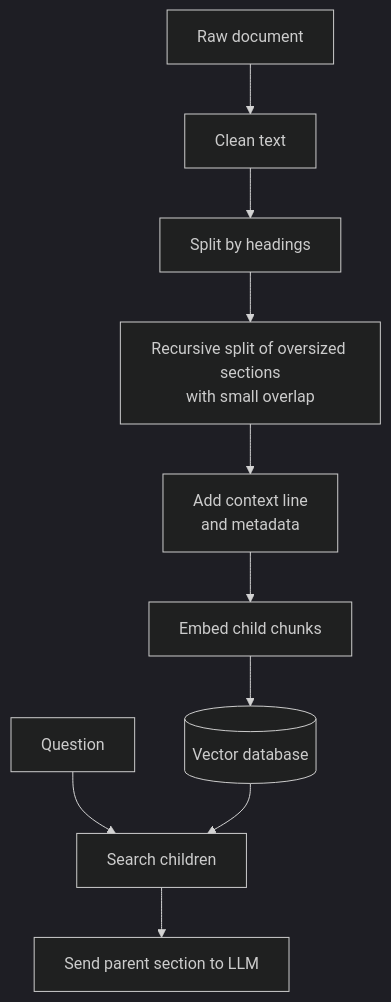
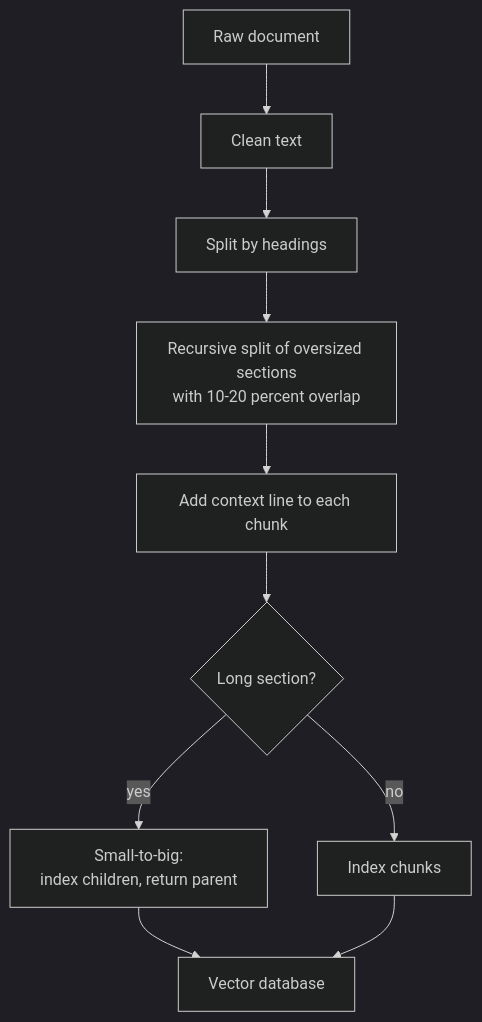
The first of 2 diagrams in notes/step-09-vector-search-and-retrieval-augmented-generation-rag/110-chunking-strategies-for-rag.md (kaisarnajar/outcome-school-blogs), drawn with Mermaid (dark theme) before and after one commit. The commit also changed other lines of this file and 233 other files, not shown here.

````diff
--- a/notes/step-09-vector-search-and-retrieval-augmented-generation-rag/110-chunking-strategies-for-rag.md
+++ b/notes/step-09-vector-search-and-retrieval-augmented-generation-rag/110-chunking-strategies-for-rag.md
@@ -51,12 +57,12 @@
 ```mermaid
 flowchart TD
     A["Raw document"] --> B["Clean text"]
     B --> C["Split by headings"]
-    C --> D["Recursive split of oversized sections<br/>with small overlap"]
-    D --> E["Add context line<br/>and metadata"]
-    E --> F["Embed child chunks"]
-    F --> G[("Vector database")]
-    Q["Question"] --> H["Search children"]
-    G --> H
-    H --> I["Send parent section to LLM"]
+    C --> D["Recursive split of oversized sections<br/>with 10-20 percent overlap"]
+    D --> E["Add context line to each chunk"]
+    E --> F{"Long section?"}
+    F -->|"yes"| G["Small-to-big:<br/>index children, return parent"]
+    F -->|"no"| H["Index chunks"]
+    G --> I["Vector database"]
+    H --> I
 ```
````
